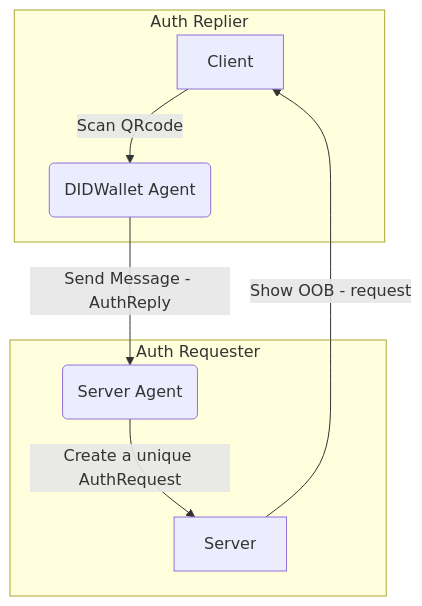
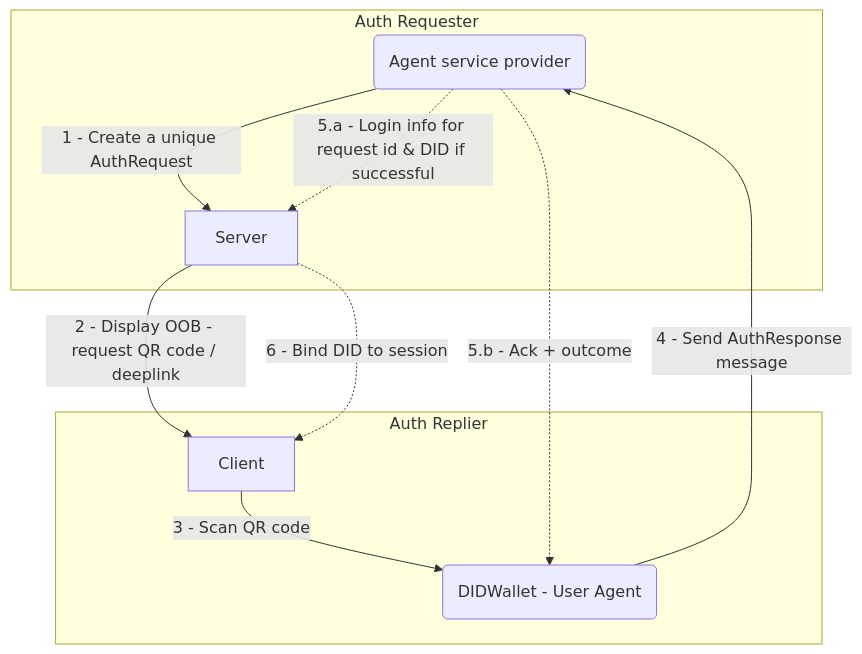
One commit to FabioPinheiro/scala-did changed the first of 3 diagrams in did-comm-protocols/shared/src/main/scala/fmgp/did/comm/protocol/auth/auth-protocol.md. Above: the diagram before and after it, drawn with Mermaid. The commit also changed other lines of this file and 2 other files, not shown here.

Commit message:
did-comm-protocols: improve auth/login protocol

````diff
--- a/did-comm-protocols/shared/src/main/scala/fmgp/did/comm/protocol/auth/auth-protocol.md
+++ b/did-comm-protocols/shared/src/main/scala/fmgp/did/comm/protocol/auth/auth-protocol.md
@@ -32,16 +38,21 @@
 ```mermaid
 flowchart TD
+  subgraph Auth Requester
+    ServerAgent(Agent service provider)
+    Server
+  end
   subgraph Auth Replier
     Client
-    DIDWalletAgent(DIDWallet Agent)
-  end
-  subgraph Auth Requester
-    ServerAgent(Server Agent)
-    Server
+    DIDWalletAgent(DIDWallet - User Agent)
   end
 
-  ServerAgent -->|Create a unique AuthRequest| Server
-  Server -->|Show OOB - request| Client
-  Client -->|Scan QRcode| DIDWalletAgent
-  DIDWalletAgent -->|Send Message - AuthReply| ServerAgent
+
+  ServerAgent -->|1 - Create a unique AuthRequest| Server
+  Server -->|2 - Display OOB - request QR code / deeplink| Client
+  Client -->|3 - Scan QR code| DIDWalletAgent
+  DIDWalletAgent -->|4 - Send AuthResponse message| ServerAgent
+
+  ServerAgent -.->|5.a - Login info for request id & DID if successful| Server
+  ServerAgent -.->|5.b - Ack + outcome| DIDWalletAgent
+  Server -.->|6 - Bind DID to session| Client
 ```
````
